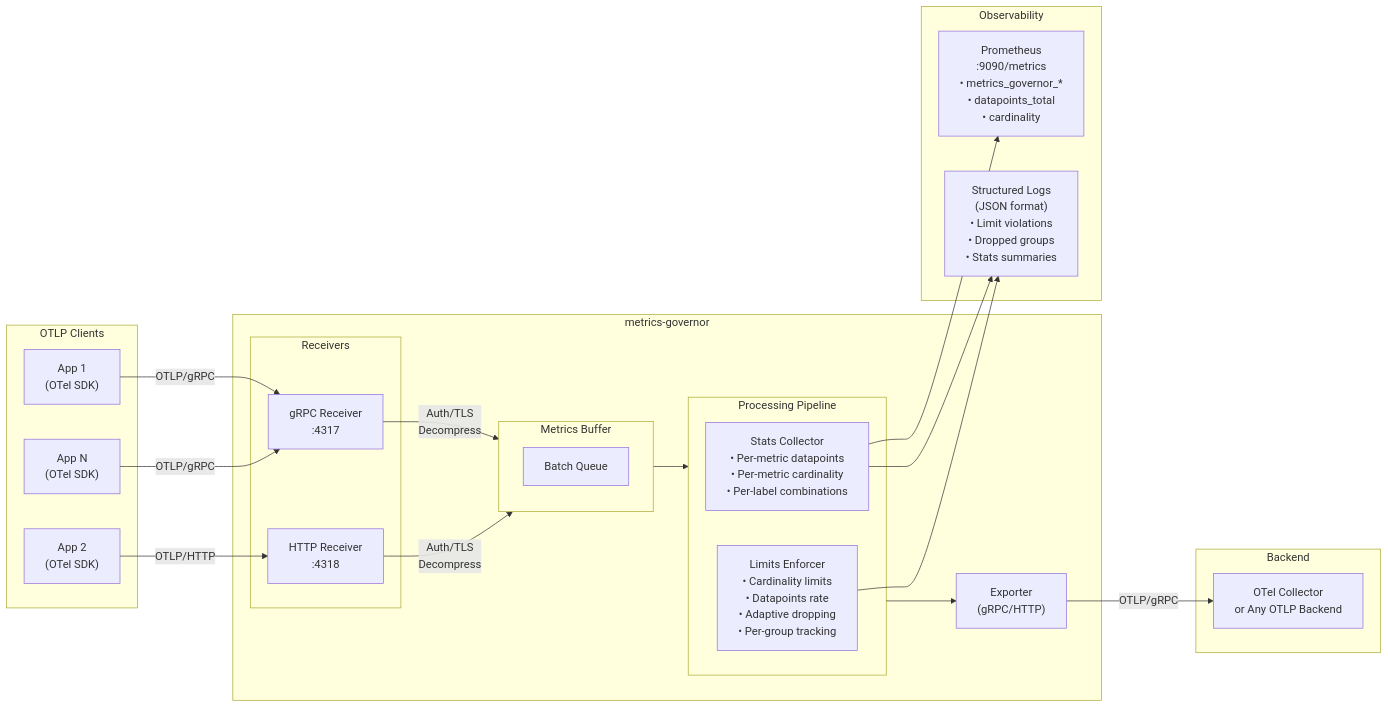
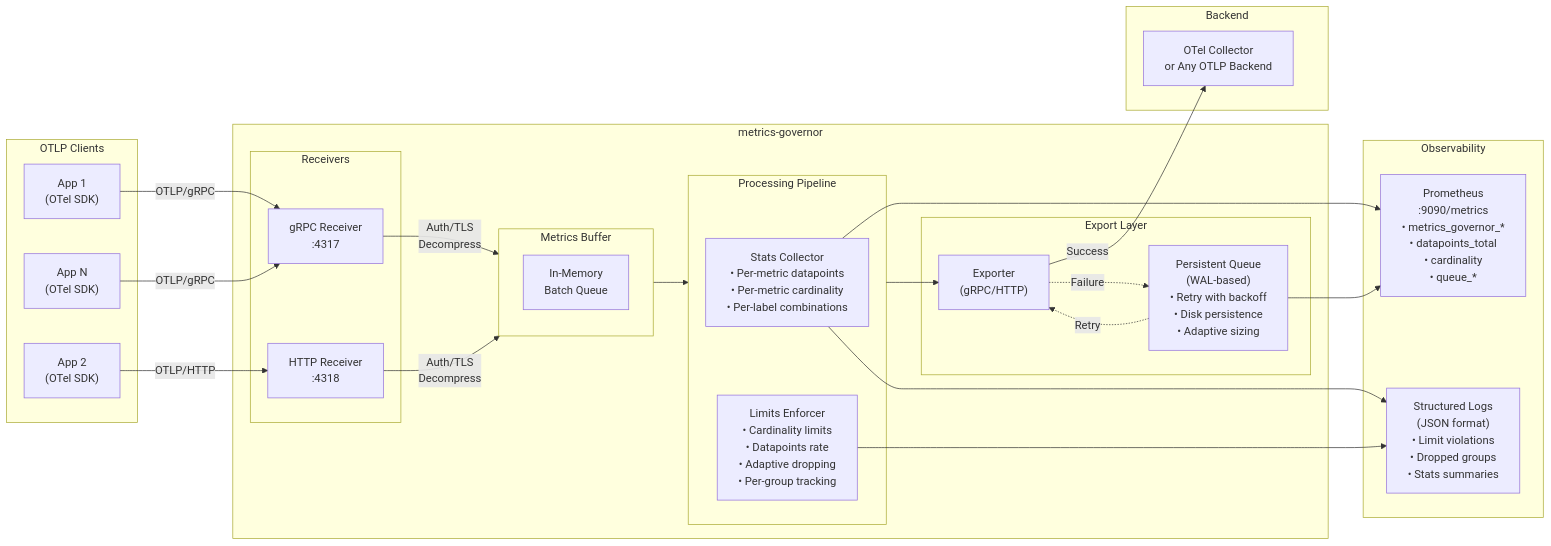
The first of 2 diagrams in README.md (szibis/metrics-governor), drawn with Mermaid before and after one commit. The commit also changed other lines of this file and 18 other files, not shown here.

First line of the commit message:
Add persistent WAL-based sending queue for exporter

````diff
--- a/README.md
+++ b/README.md
@@ -37,49 +37,55 @@
 ```mermaid
 flowchart LR
     subgraph Clients["OTLP Clients"]
         App1["App 1<br/>(OTel SDK)"]
         App2["App 2<br/>(OTel SDK)"]
         AppN["App N<br/>(OTel SDK)"]
     end
 
     subgraph MG["metrics-governor"]
         subgraph Receivers["Receivers"]
             GRPC["gRPC Receiver<br/>:4317"]
             HTTP["HTTP Receiver<br/>:4318"]
         end
 
         subgraph Buffer["Metrics Buffer"]
-            Queue["Batch Queue"]
+            MemQueue["In-Memory<br/>Batch Queue"]
         end
 
         subgraph Pipeline["Processing Pipeline"]
             Stats["Stats Collector<br/>• Per-metric datapoints<br/>• Per-metric cardinality<br/>• Per-label combinations"]
             Limits["Limits Enforcer<br/>• Cardinality limits<br/>• Datapoints rate<br/>• Adaptive dropping<br/>• Per-group tracking"]
         end
 
-        Exporter["Exporter<br/>(gRPC/HTTP)"]
+        subgraph Export["Export Layer"]
+            Exporter["Exporter<br/>(gRPC/HTTP)"]
+            SendQueue["Persistent Queue<br/>(WAL-based)<br/>• Retry with backoff<br/>• Disk persistence<br/>• Adaptive sizing"]
+        end
     end
 
     subgraph Backend["Backend"]
         OTel["OTel Collector<br/>or Any OTLP Backend"]
     end
 
     subgraph Observability["Observability"]
-        Prom["Prometheus<br/>:9090/metrics<br/>• metrics_governor_*<br/>• datapoints_total<br/>• cardinality"]
+        Prom["Prometheus<br/>:9090/metrics<br/>• metrics_governor_*<br/>• datapoints_total<br/>• cardinality<br/>• queue_*"]
         Logs["Structured Logs<br/>(JSON format)<br/>• Limit violations<br/>• Dropped groups<br/>• Stats summaries"]
     end
 
     App1 -->|"OTLP/gRPC"| GRPC
     App2 -->|"OTLP/HTTP"| HTTP
     AppN -->|"OTLP/gRPC"| GRPC
 
     GRPC -->|"Auth/TLS<br/>Decompress"| Buffer
     HTTP -->|"Auth/TLS<br/>Decompress"| Buffer
 
     Buffer --> Pipeline
     Stats --> Prom
     Stats --> Logs
     Limits --> Logs
     Pipeline --> Exporter
-    Exporter -->|"OTLP/gRPC"| OTel
+    Exporter -->|"Success"| OTel
+    Exporter -.->|"Failure"| SendQueue
+    SendQueue -.->|"Retry"| Exporter
+    SendQueue --> Prom
 ```
````
